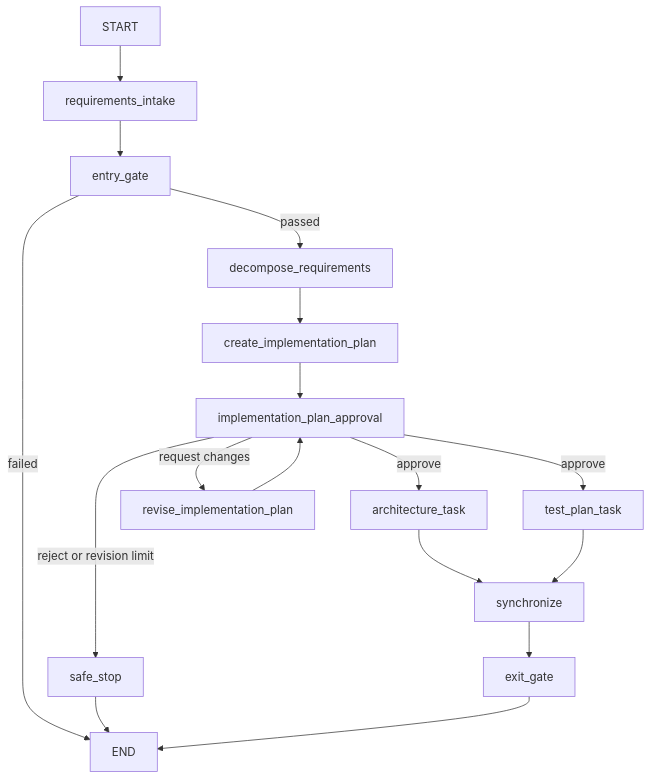
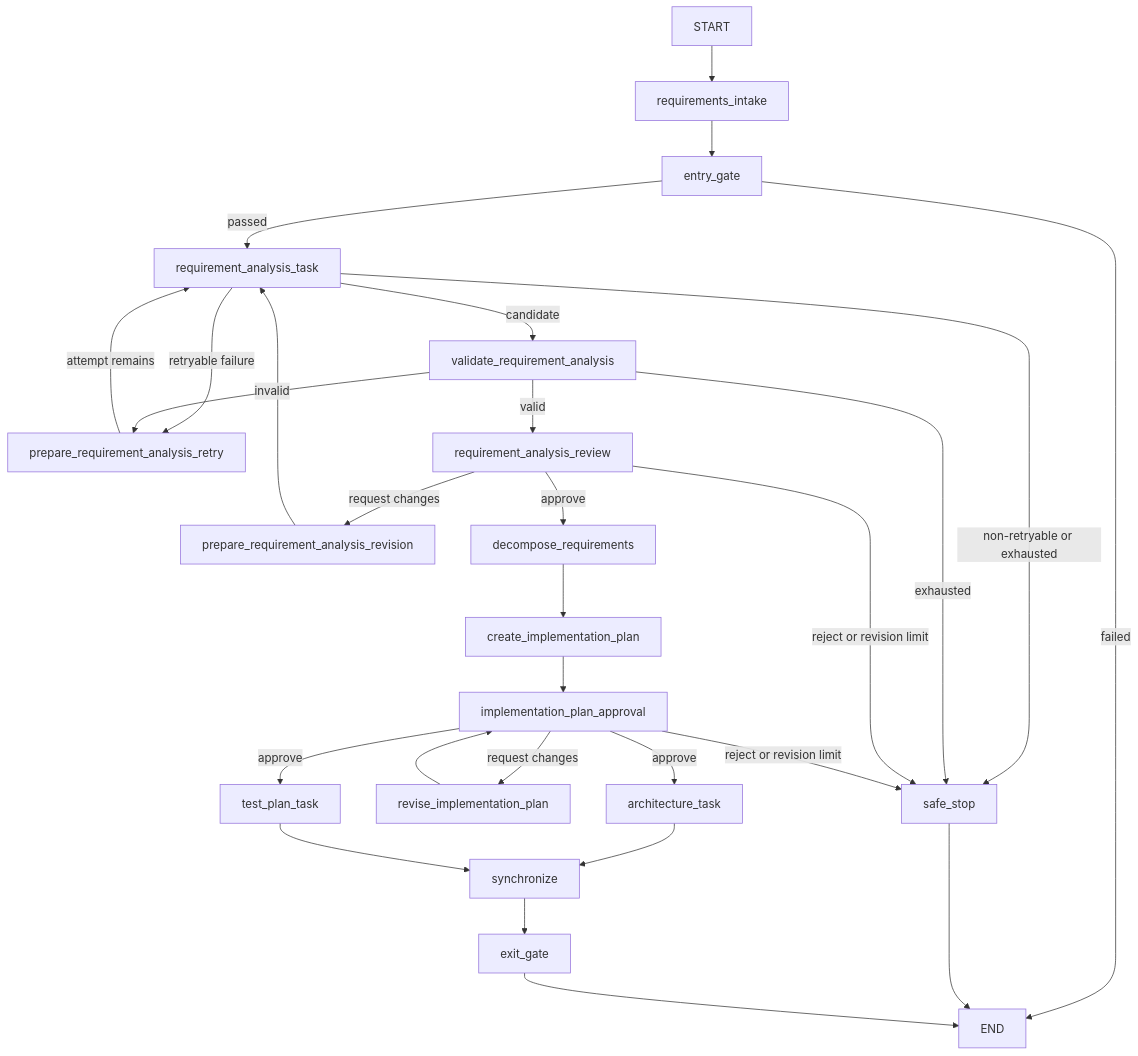
One commit to anthonbr/agentic-sdlc-orchestrator changed the diagram in README.md. Above: the diagram before and after it, drawn with Mermaid. The commit also changed other lines of this file and 18 other files, not shown here.

Commit message:
Add governed LLM requirement analysis

````diff
--- a/README.md
+++ b/README.md
@@ -34,19 +40,30 @@
 ```mermaid
 flowchart TD
     START --> requirements_intake
     requirements_intake --> entry_gate
-    entry_gate -->|passed| decompose_requirements
     entry_gate -->|failed| END
+    entry_gate -->|passed| requirement_analysis_task
+    requirement_analysis_task -->|candidate| validate_requirement_analysis
+    requirement_analysis_task -->|retryable failure| prepare_requirement_analysis_retry
+    validate_requirement_analysis -->|invalid| prepare_requirement_analysis_retry
+    prepare_requirement_analysis_retry -->|attempt remains| requirement_analysis_task
+    requirement_analysis_task -->|non-retryable or exhausted| safe_stop
+    validate_requirement_analysis -->|exhausted| safe_stop
+    validate_requirement_analysis -->|valid| requirement_analysis_review
+    requirement_analysis_review -->|request changes| prepare_requirement_analysis_revision
+    prepare_requirement_analysis_revision --> requirement_analysis_task
+    requirement_analysis_review -->|reject or revision limit| safe_stop
+    requirement_analysis_review -->|approve| decompose_requirements
     decompose_requirements --> create_implementation_plan
     create_implementation_plan --> implementation_plan_approval
-    implementation_plan_approval -->|approve| architecture_task
-    implementation_plan_approval -->|approve| test_plan_task
     implementation_plan_approval -->|request changes| revise_implementation_plan
     revise_implementation_plan --> implementation_plan_approval
     implementation_plan_approval -->|reject or revision limit| safe_stop
-    safe_stop --> END
+    implementation_plan_approval -->|approve| architecture_task
+    implementation_plan_approval -->|approve| test_plan_task
     architecture_task --> synchronize
     test_plan_task --> synchronize
     synchronize --> exit_gate
+    safe_stop --> END
     exit_gate --> END
 ```
````
